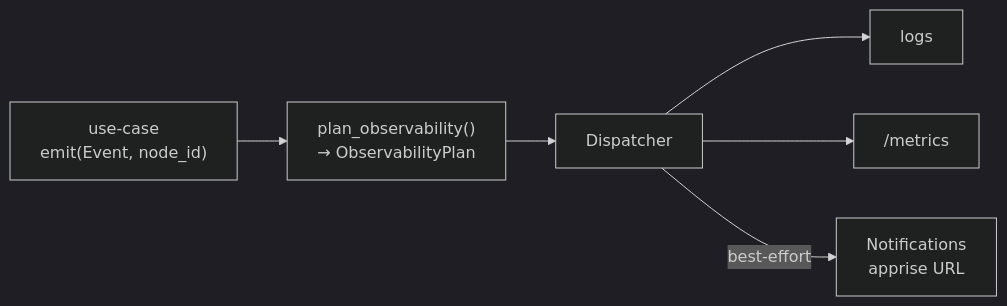
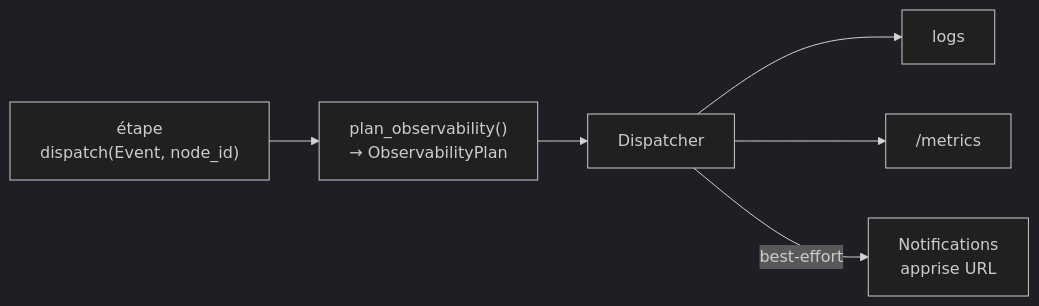
Before and after one commit to mission-titar/p2pwatch: diagram 12 of 12 in docs/contributing/architecture.md, drawn with Mermaid (dark theme). The commit also changed other lines of this file and 13 other files, not shown here.

````diff
--- a/docs/contributing/architecture.md
+++ b/docs/contributing/architecture.md
@@ -674,14 +674,14 @@
 ```mermaid
 flowchart LR
-  uc["use-case<br/>emit(Event, node_id)"]
+  uc["étape<br/>dispatch(Event, node_id)"]
   desc["plan_observability()<br/>→ ObservabilityPlan"]
   disp["Dispatcher"]
   log["logs"]
   prom["/metrics"]
   notif["Notifications<br/>apprise URL"]
 
   uc --> desc --> disp
   disp --> log
   disp --> prom
   disp -->|best-effort| notif
 ```
````
